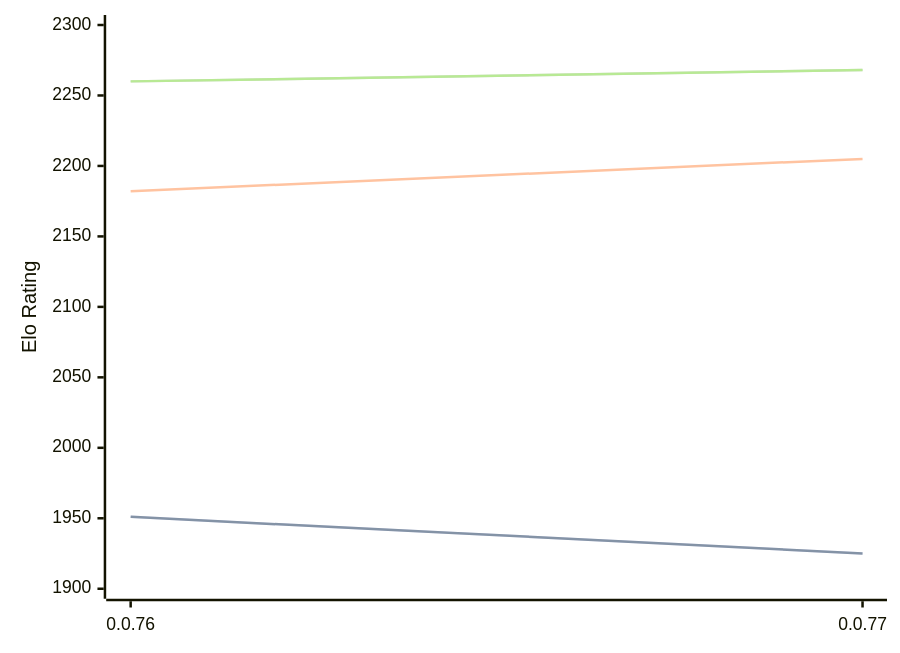
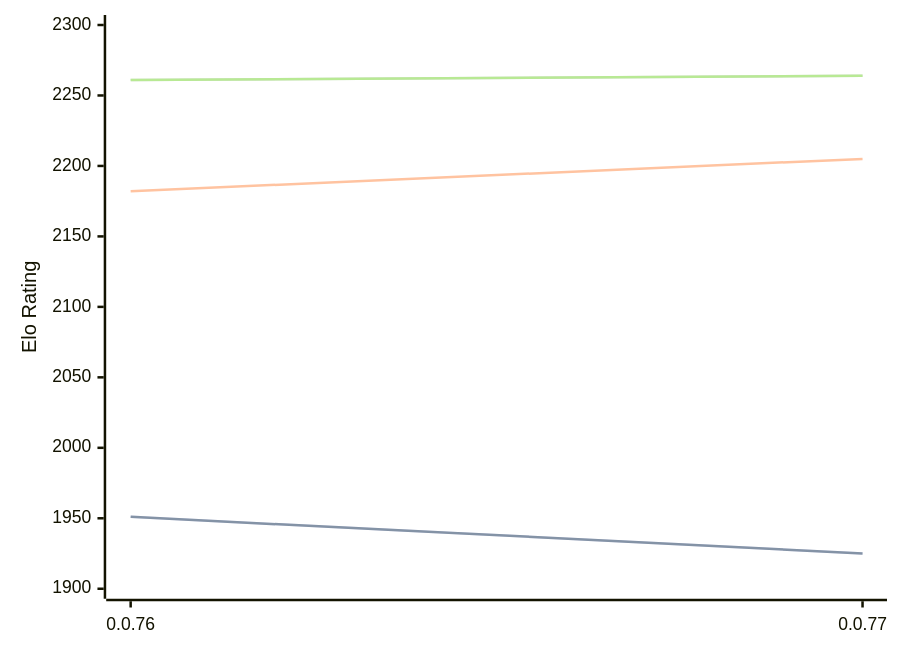
Before and after one commit to computer-chess-index/cci: the diagram in engines/Fktb.md, drawn with Mermaid. The commit also changed other lines of this file, not shown here.

Commit message:
Update CCI Ratings (ELO VLTC) - 2026-02-16

````diff
--- a/engines/Fktb.md
+++ b/engines/Fktb.md
@@ -29,11 +29,11 @@
 ```mermaid
 %%{init: {"theme":"base","themeVariables":{"seriesColors:['#a3a3a3','#222221','#faa371']}}}%%
 xychart-beta
   x-axis ["0.0.76", "0.0.77"]
   y-axis "Elo Rating" 1900 --> 2300
   line "STC (8.0+0.08s)" [1951, 1925]
   line "STC (8.0+0.08s)" [1951, 1925]
   line "LTC (60.0+0.60s)" [2182, 2205]
-  line "VLTC (2m24s+1.12s)" [2260, 2268]
-  line "VLTC (2m24s+1.12s)" [2260, 2268]
+  line "VLTC (2m24s+1.12s)" [2261, 2264]
+  line "VLTC (2m24s+1.12s)" [2261, 2264]
 ```
````
